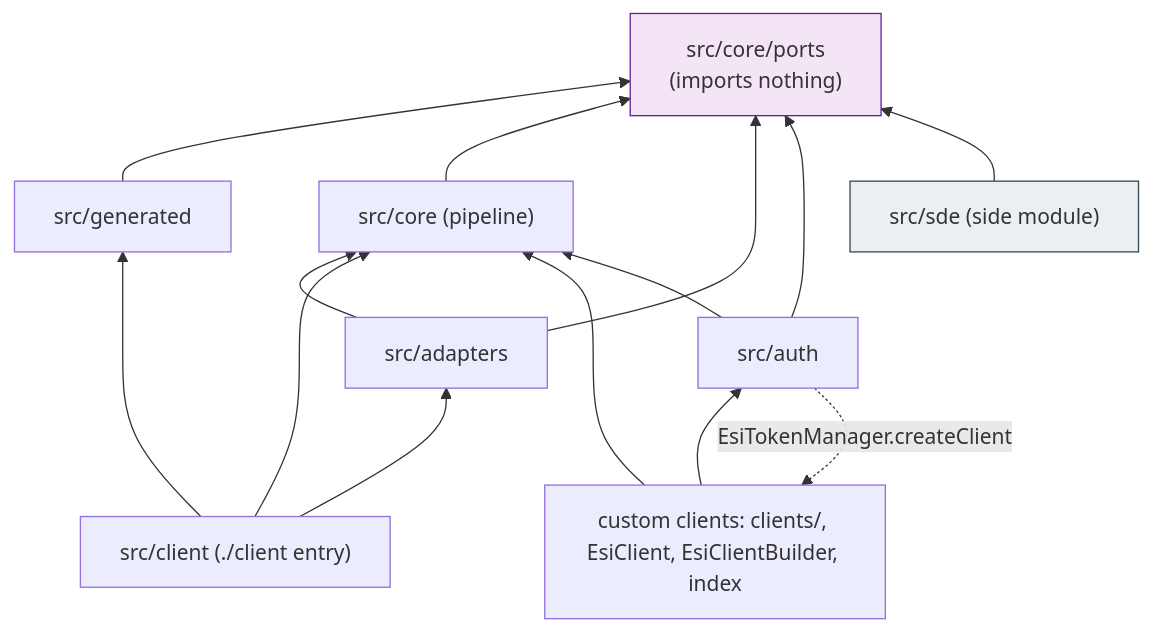
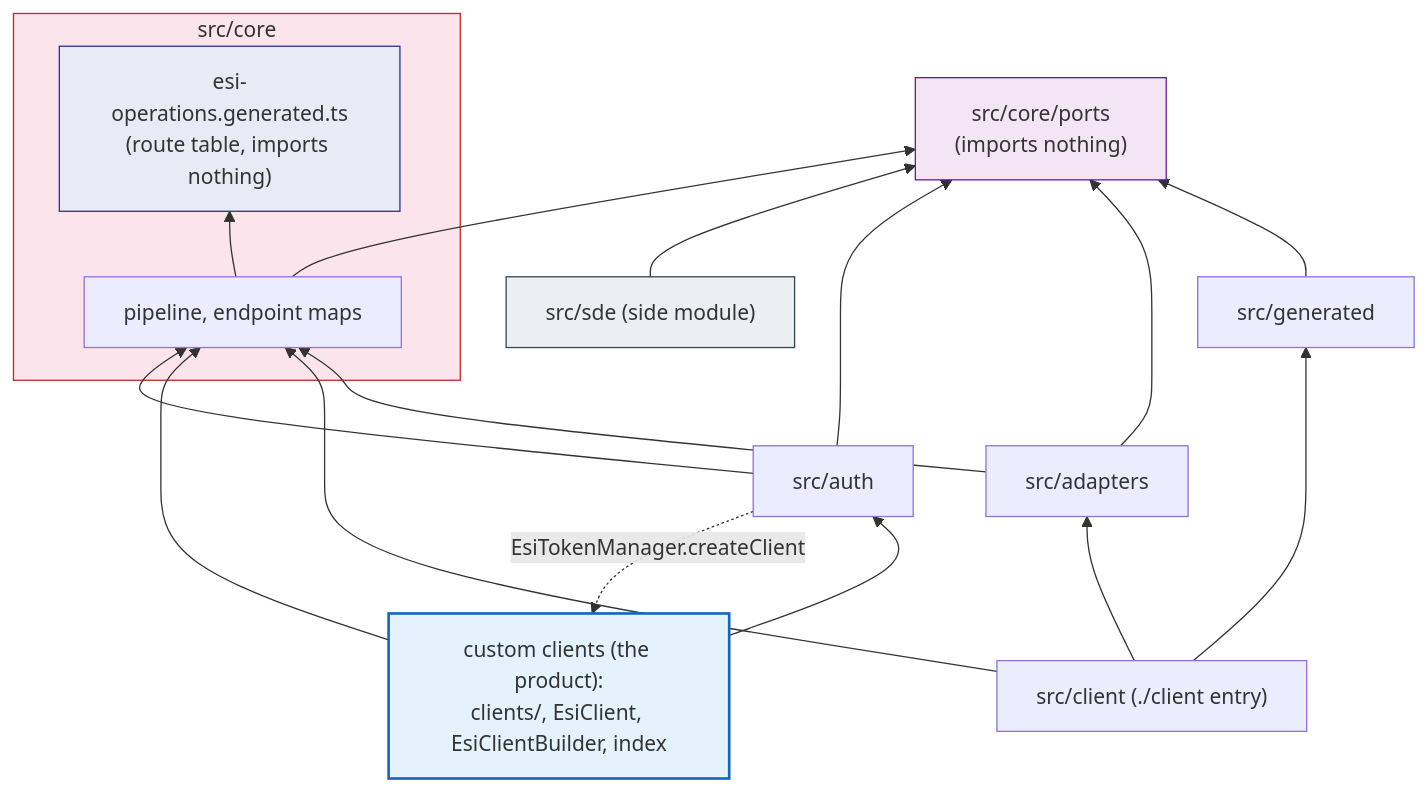
Before and after one commit to lgriffin/ESI.ts: the seventh of 17 diagrams in guides/ARCHITECTURE.md, drawn with Mermaid. The commit also changed other lines of this file and 2 other files, not shown here.

First line of the commit message:
docs(architecture): redraw diagrams for custom clients as the product and spec:generate outputs (#688)

````diff
--- a/guides/ARCHITECTURE.md
+++ b/guides/ARCHITECTURE.md
@@ -481,28 +445,35 @@
 ```mermaid
 flowchart BT
     ports["src/core/ports<br/>(imports nothing)"]
     generated["src/generated"]
-    core["src/core (pipeline)"]
+    subgraph coreTree ["src/core"]
+        core["pipeline, endpoint maps"]
+        routes["esi-operations.generated.ts<br/>(route table, imports nothing)"]
+    end
     adapters["src/adapters"]
     client["src/client (./client entry)"]
-    legacy["custom clients: clients/, EsiClient, EsiClientBuilder, index"]
+    custom["custom clients (the product):<br/>clients/, EsiClient, EsiClientBuilder, index"]
     auth["src/auth"]
     sde["src/sde (side module)"]
 
     generated --> ports
     core --> ports
+    core --> routes
     adapters --> core
     adapters --> ports
     client --> adapters
     client --> core
     client --> generated
-    legacy --> core
-    legacy --> auth
+    custom --> core
+    custom --> auth
     auth --> core
     auth --> ports
-    auth -. "EsiTokenManager.createClient" .-> legacy
+    auth -. "EsiTokenManager.createClient" .-> custom
     sde --> ports
 
     style ports fill:#f3e5f5,stroke:#6a1b9a
+    style custom fill:#e3f2fd,stroke:#1565c0,stroke-width:2px
+    style coreTree fill:#fce4ec,stroke:#c62828
+    style routes fill:#e8eaf6,stroke:#283593
     style sde fill:#eceff1,stroke:#37474f
 ```
````
